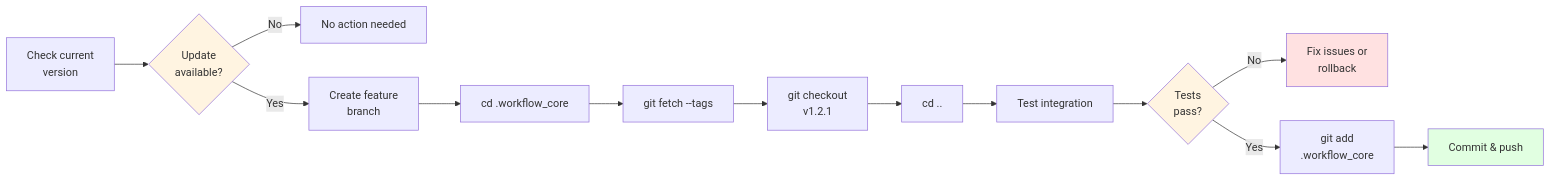
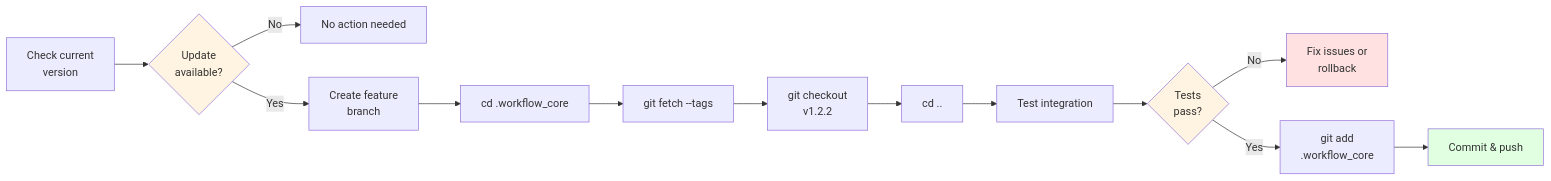
Before and after one commit to mpbarbosa/ai_workflow_core: the sixth of 23 diagrams in docs/diagrams/README.md, drawn with Mermaid. The commit also changed 28 other files, not shown here.

````diff
--- a/docs/diagrams/README.md
+++ b/docs/diagrams/README.md
@@ -196,20 +196,20 @@
 ```mermaid
 flowchart LR
     A[Check current<br/>version] --> B{Update<br/>available?}
     B -->|No| C[No action needed]
     B -->|Yes| D[Create feature<br/>branch]
     D --> E[cd .workflow_core]
     E --> F[git fetch --tags]
-    F --> G[git checkout<br/>v1.2.1]
+    F --> G[git checkout<br/>v1.2.2]
     G --> H[cd ..]
     H --> I[Test integration]
     I --> J{Tests<br/>pass?}
     J -->|No| K[Fix issues or<br/>rollback]
     J -->|Yes| L[git add<br/>.workflow_core]
     L --> M[Commit & push]
 
     style B fill:#fff4e1
     style J fill:#fff4e1
     style K fill:#ffe1e1
     style M fill:#e1ffe1
 ```
````
